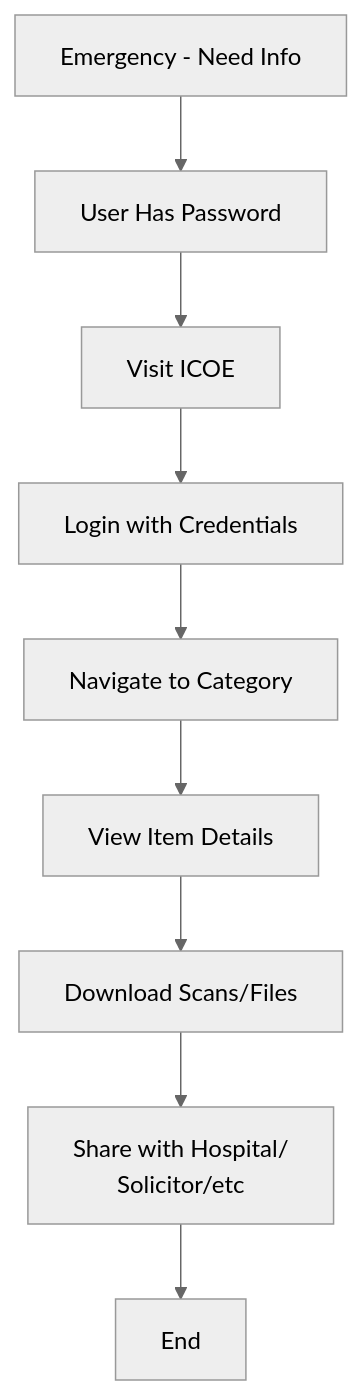
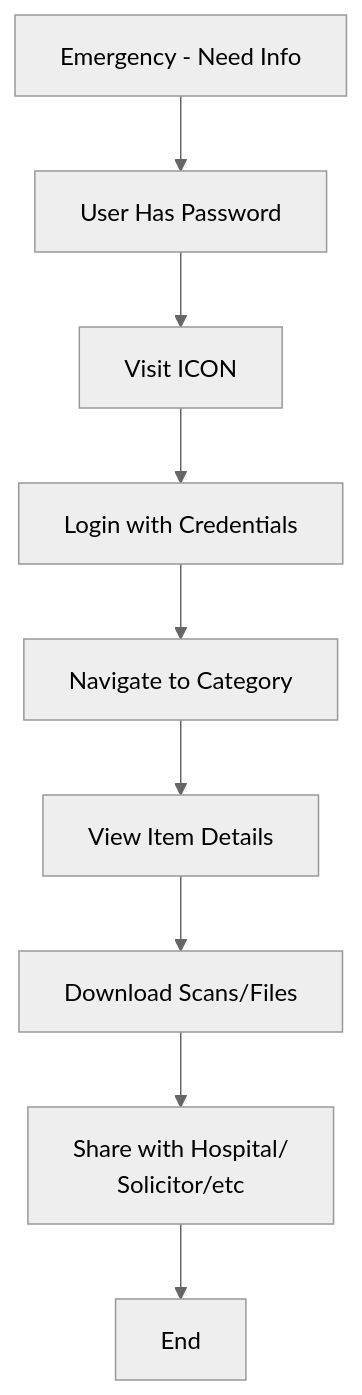
The sixth of 9 diagrams in docs/05-USER-FLOWS.md (Floako/ICOE), drawn with Mermaid (neutral theme) before and after one commit. The commit also changed other lines of this file and 32 other files, not shown here.

Commit message:
feat: rename ICOE->ICON in UI, add media videos, update docs

````diff
--- a/docs/05-USER-FLOWS.md
+++ b/docs/05-USER-FLOWS.md
@@ -203,11 +203,11 @@
 ```mermaid
 flowchart TD
     A["Emergency - Need Info"] --> B["User Has Password"]
-    B --> C["Visit ICOE"]
+    B --> C["Visit ICON"]
     C --> D["Login with Credentials"]
     D --> E["Navigate to Category"]
     E --> F["View Item Details"]
     F --> G["Download Scans/Files"]
     G --> H["Share with Hospital/<br/>Solicitor/etc"]
     H --> I["End"]
 ```
````
